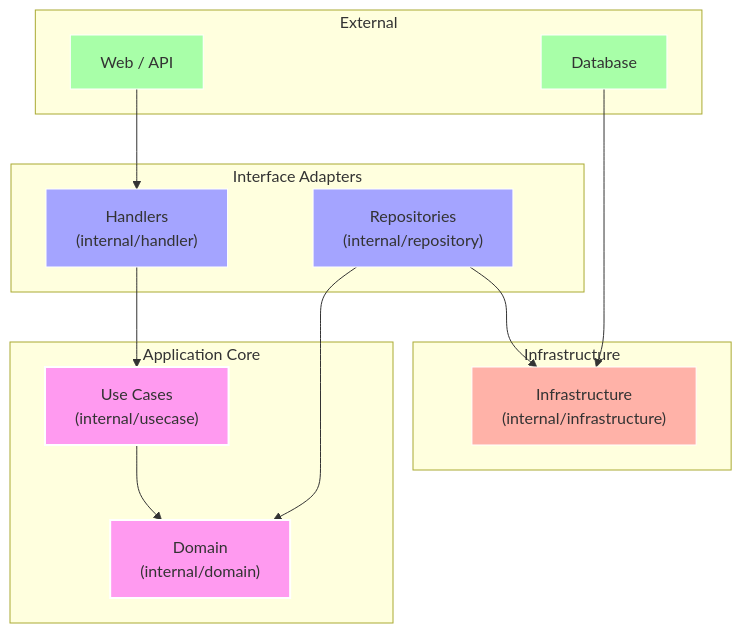
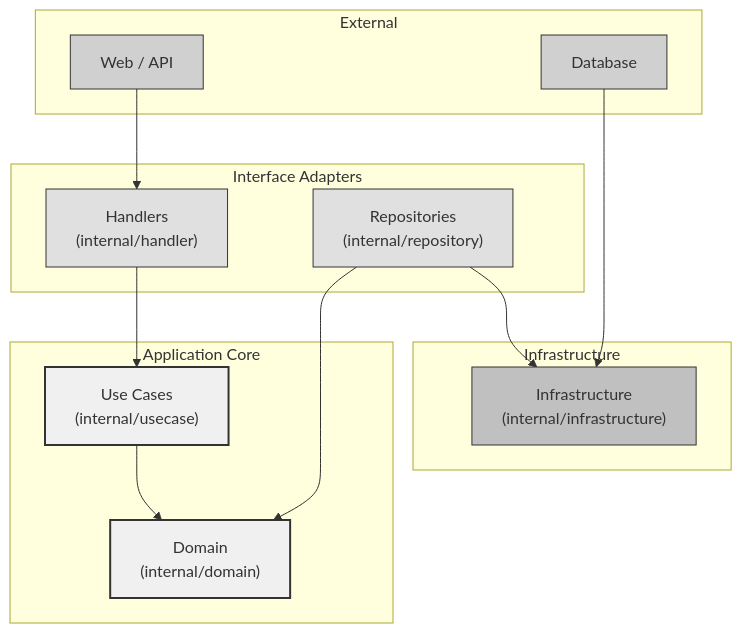
The first of 6 diagrams in README.md (ohta-rh/go-backend-boilerplate), drawn with Mermaid before and after one commit. The commit also changed other lines of this file, not shown here.

````diff
--- a/README.md
+++ b/README.md
@@ -13,38 +13,38 @@
 ```mermaid
 graph TD
     subgraph "External"
         Web["Web / API"]
         DB["Database"]
     end
     
     subgraph "Interface Adapters"
         H["Handlers<br/>(internal/handler)"]
         R["Repositories<br/>(internal/repository)"]
     end
     
     subgraph "Application Core"
         UC["Use Cases<br/>(internal/usecase)"]
         D["Domain<br/>(internal/domain)"]
     end
     
     subgraph "Infrastructure"
         I["Infrastructure<br/>(internal/infrastructure)"]
     end
     
     Web --> H
     H --> UC
     UC --> D
     R --> D
     R --> I
     DB --> I
     
-    classDef core fill:#ff9af0,stroke:#fff,stroke-width:2px;
-    classDef adapter fill:#a4a4ff,stroke:#fff,stroke-width:1px;
-    classDef external fill:#a8ffa8,stroke:#fff,stroke-width:1px;
-    classDef infra fill:#ffb2a8,stroke:#fff,stroke-width:1px;
+    classDef core fill:#f0f0f0,stroke:#333,stroke-width:2px;
+    classDef adapter fill:#e0e0e0,stroke:#333,stroke-width:1px;
+    classDef external fill:#d0d0d0,stroke:#333,stroke-width:1px;
+    classDef infra fill:#c0c0c0,stroke:#333,stroke-width:1px;
     
     class D,UC core;
     class H,R adapter;
     class Web,DB external;
     class I infra;
 ```
````
